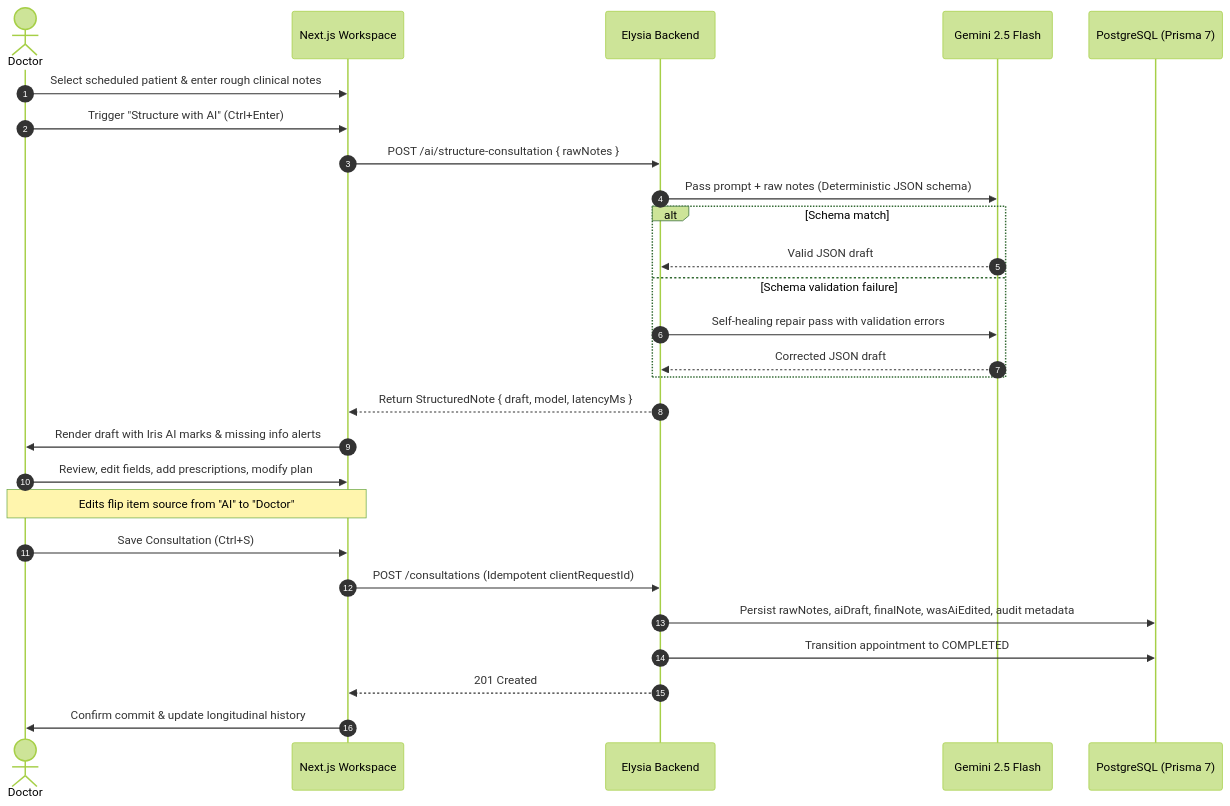
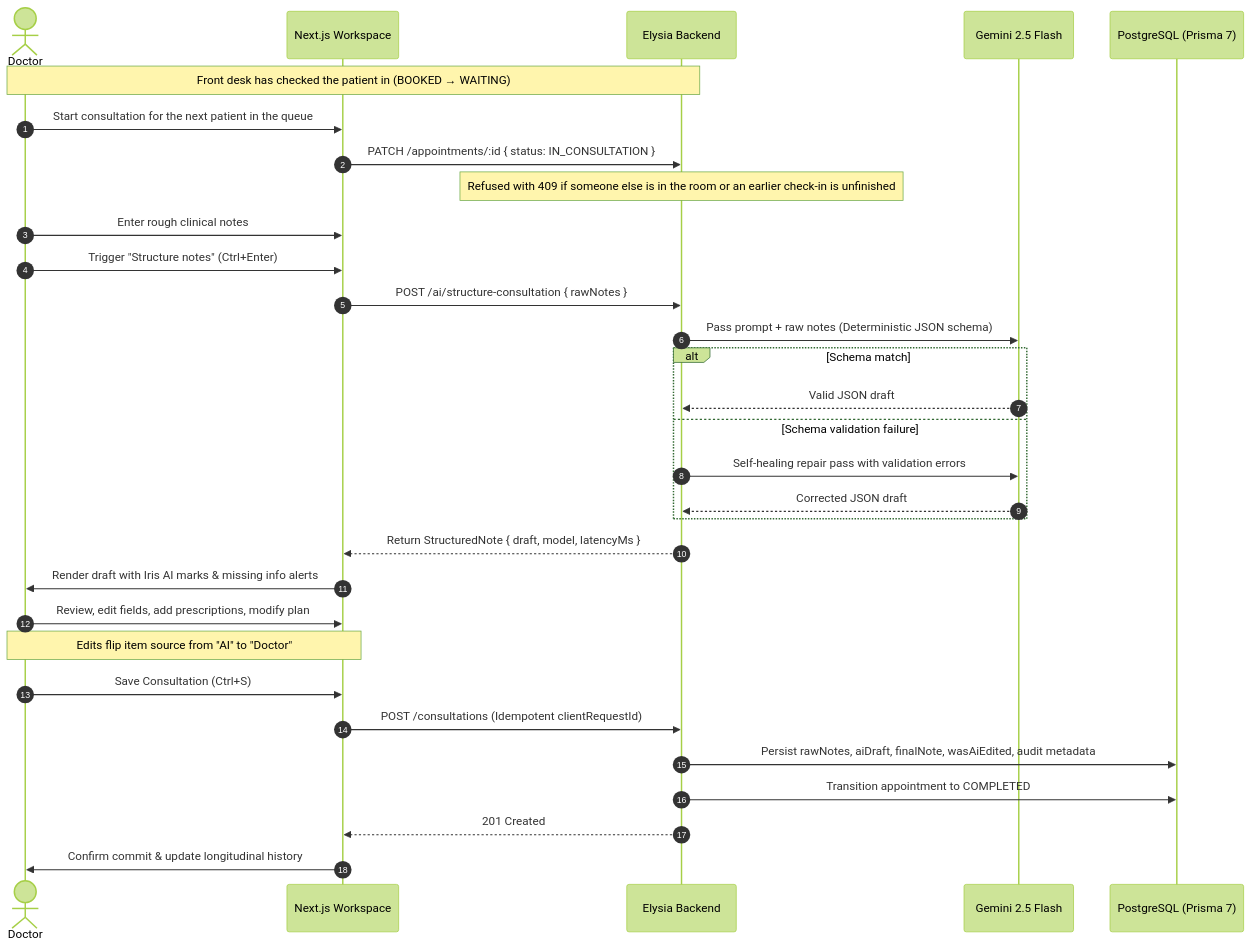
The diagram in README.md (vivek1504/clinicOS), drawn with Mermaid (forest theme) before and after one commit. The commit also changed other lines of this file and 2 other files, not shown here.

````diff
--- a/README.md
+++ b/README.md
@@ -37,30 +37,34 @@
 ```mermaid
 sequenceDiagram
     autonumber
     actor Doctor
     participant UI as Next.js Workspace
     participant API as Elysia Backend
     participant LLM as Gemini 2.5 Flash
     participant DB as PostgreSQL (Prisma 7)
 
-    Doctor->>UI: Select scheduled patient & enter rough clinical notes
-    Doctor->>UI: Trigger "Structure with AI" (Ctrl+Enter)
+    Note over Doctor,API: Front desk has checked the patient in (BOOKED → WAITING)
+    Doctor->>UI: Start consultation for the next patient in the queue
+    UI->>API: PATCH /appointments/:id { status: IN_CONSULTATION }
+    Note over API: Refused with 409 if someone else is in the room or an earlier check-in is unfinished
+    Doctor->>UI: Enter rough clinical notes
+    Doctor->>UI: Trigger "Structure notes" (Ctrl+Enter)
     UI->>API: POST /ai/structure-consultation { rawNotes }
     API->>LLM: Pass prompt + raw notes (Deterministic JSON schema)
     alt Schema match
         LLM-->>API: Valid JSON draft
     else Schema validation failure
         API->>LLM: Self-healing repair pass with validation errors
         LLM-->>API: Corrected JSON draft
     end
     API-->>UI: Return StructuredNote { draft, model, latencyMs }
     UI->>Doctor: Render draft with Iris AI marks & missing info alerts
     Doctor->>UI: Review, edit fields, add prescriptions, modify plan
     Note over UI,Doctor: Edits flip item source from "AI" to "Doctor"
     Doctor->>UI: Save Consultation (Ctrl+S)
     UI->>API: POST /consultations (Idempotent clientRequestId)
     API->>DB: Persist rawNotes, aiDraft, finalNote, wasAiEdited, audit metadata
     API->>DB: Transition appointment to COMPLETED
     API-->>UI: 201 Created
     UI->>Doctor: Confirm commit & update longitudinal history
 ```
````
